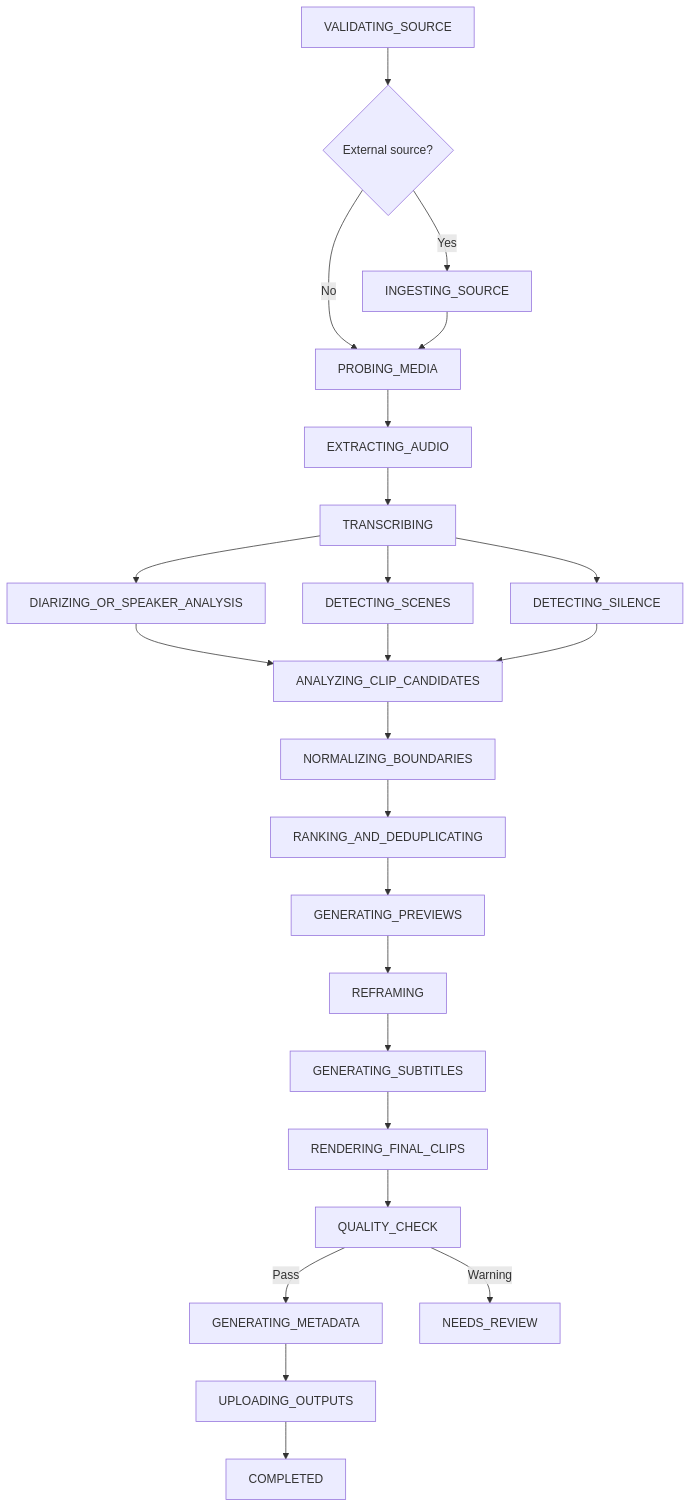
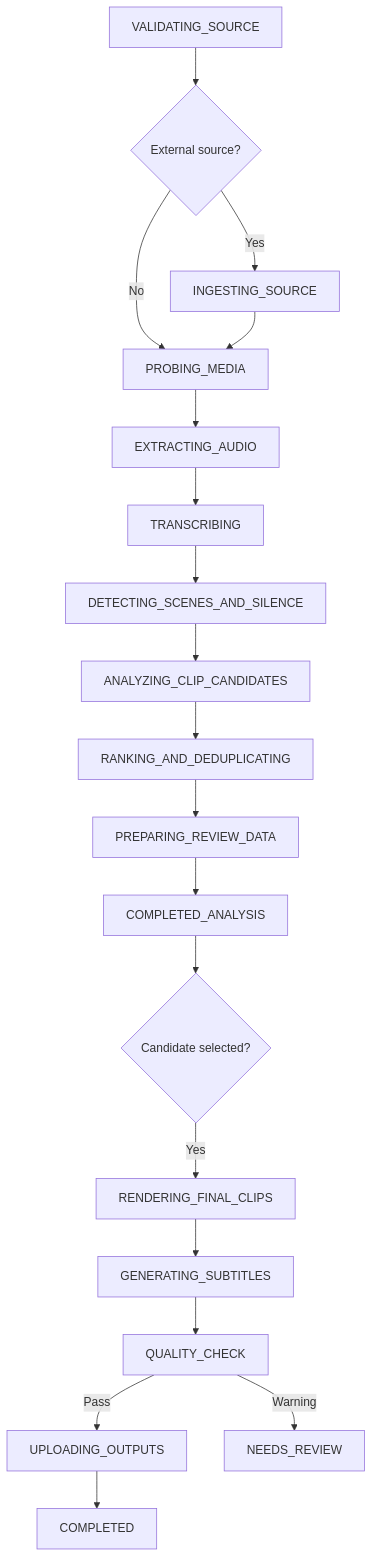
The second of 4 diagrams in docs/product-blueprint.md (fajarcahyadiputra/creator-studio-ai), drawn with Mermaid before and after one commit. The commit also changed other lines of this file and 70 other files, not shown here.

````diff
--- a/docs/product-blueprint.md
+++ b/docs/product-blueprint.md
@@ -49,26 +49,21 @@
 ```mermaid
 flowchart TD
   A[VALIDATING_SOURCE] --> B{External source?}
   B -->|Yes| C[INGESTING_SOURCE]
   B -->|No| D[PROBING_MEDIA]
   C --> D
   D --> E[EXTRACTING_AUDIO]
   E --> F[TRANSCRIBING]
-  F --> G[DIARIZING_OR_SPEAKER_ANALYSIS]
-  F --> H[DETECTING_SCENES]
-  F --> I[DETECTING_SILENCE]
-  G --> J[ANALYZING_CLIP_CANDIDATES]
-  H --> J
-  I --> J
-  J --> K[NORMALIZING_BOUNDARIES]
-  K --> L[RANKING_AND_DEDUPLICATING]
-  L --> M[GENERATING_PREVIEWS]
-  M --> N[REFRAMING]
-  N --> O[GENERATING_SUBTITLES]
-  O --> P[RENDERING_FINAL_CLIPS]
-  P --> Q[QUALITY_CHECK]
-  Q -->|Pass| R[GENERATING_METADATA]
-  Q -->|Warning| S[NEEDS_REVIEW]
-  R --> T[UPLOADING_OUTPUTS]
-  T --> U[COMPLETED]
+  F --> G[DETECTING_SCENES_AND_SILENCE]
+  G --> H[ANALYZING_CLIP_CANDIDATES]
+  H --> I[RANKING_AND_DEDUPLICATING]
+  I --> J[PREPARING_REVIEW_DATA]
+  J --> K[COMPLETED_ANALYSIS]
+  K --> L{Candidate selected?}
+  L -->|Yes| M[RENDERING_FINAL_CLIPS]
+  M --> N[GENERATING_SUBTITLES]
+  N --> O[QUALITY_CHECK]
+  O -->|Pass| P[UPLOADING_OUTPUTS]
+  O -->|Warning| Q[NEEDS_REVIEW]
+  P --> R[COMPLETED]
 ```
````
